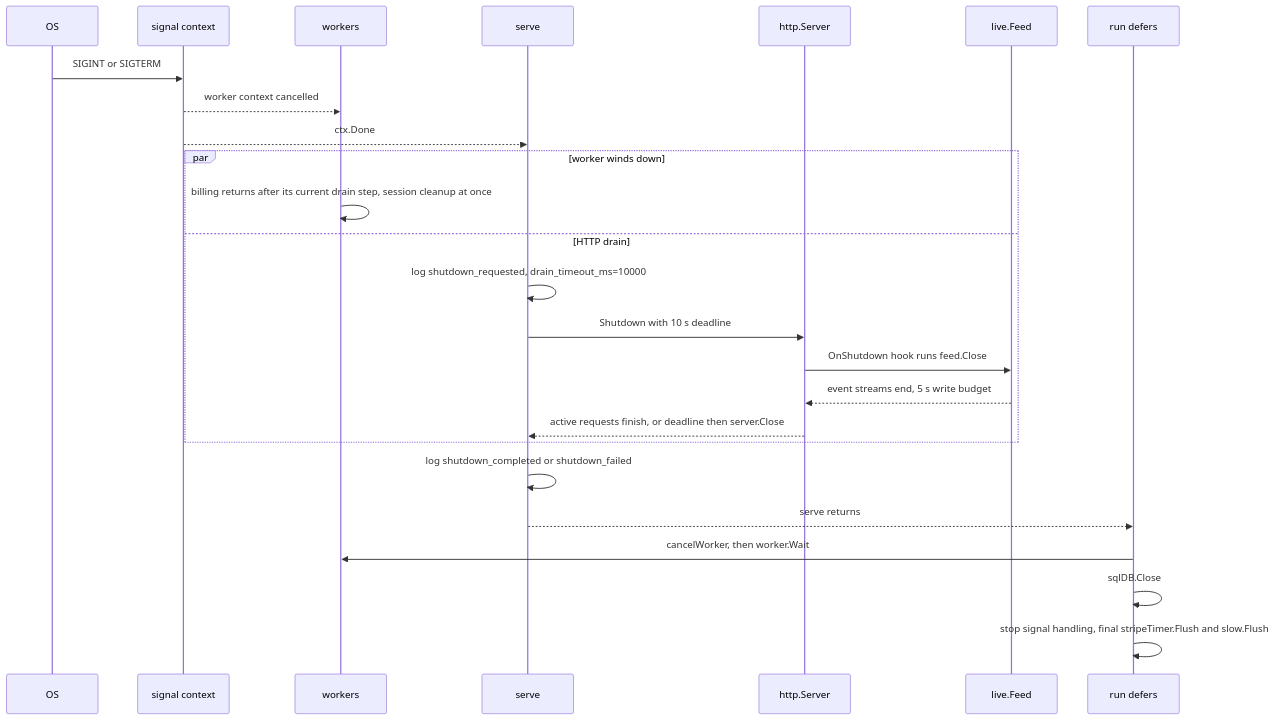
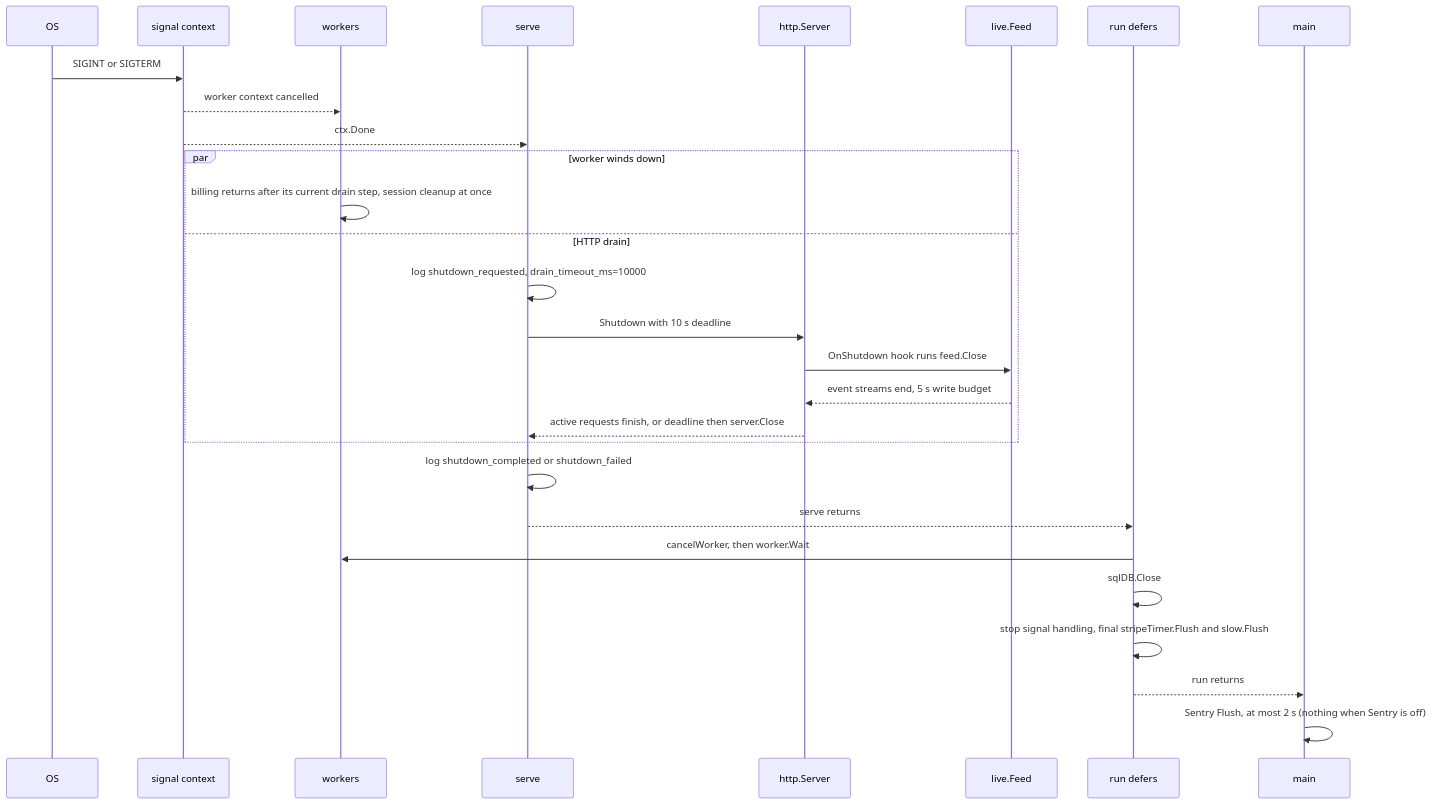
Before and after one commit to devGabriel131/ProjectHermes: the second of 2 diagrams in docs/operations/startup-shutdown.md, drawn with Mermaid. The commit also changed other lines of this file and 13 other files, not shown here.

First line of the commit message:
feat(logging): Sentry error reporting, off without SENTRY_DSN (A2b)

````diff
--- a/docs/operations/startup-shutdown.md
+++ b/docs/operations/startup-shutdown.md
@@ -96,28 +102,31 @@
 ```mermaid
 sequenceDiagram
   participant OS
   participant Sig as signal context
   participant W as workers
   participant S as serve
   participant H as http.Server
   participant F as live.Feed
   participant D as run defers
+  participant M as main
 
   OS->>Sig: SIGINT or SIGTERM
   Sig-->>W: worker context cancelled
   Sig-->>S: ctx.Done
   par worker winds down
     W->>W: billing returns after its current drain step, session cleanup at once
   and HTTP drain
     S->>S: log shutdown_requested, drain_timeout_ms=10000
     S->>H: Shutdown with 10 s deadline
     H->>F: OnShutdown hook runs feed.Close
     F-->>H: event streams end, 5 s write budget
     H-->>S: active requests finish, or deadline then server.Close
   end
   S->>S: log shutdown_completed or shutdown_failed
   S-->>D: serve returns
   D->>W: cancelWorker, then worker.Wait
   D->>D: sqlDB.Close
   D->>D: stop signal handling, final stripeTimer.Flush and slow.Flush
+  D-->>M: run returns
+  M->>M: Sentry Flush, at most 2 s (nothing when Sentry is off)
 ```
````
